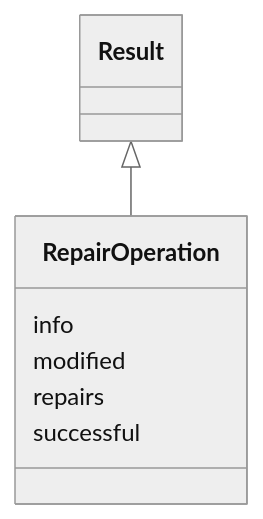
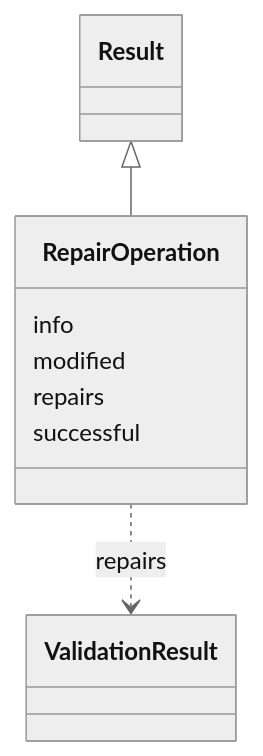
One commit to INCATools/ontology-access-kit changed the diagram in validation/RepairOperation.md. Above: the diagram before and after it, drawn with Mermaid (neutral theme). The commit also changed other lines of this file and 1783 other files, not shown here.

````diff
--- a/validation/RepairOperation.md
+++ b/validation/RepairOperation.md
@@ -11,11 +11,17 @@
 ```{mermaid}
  classDiagram
     class RepairOperation
       Result <|-- RepairOperation
       
       RepairOperation : info
+        
       RepairOperation : modified
+        
       RepairOperation : repairs
+        
+          RepairOperation ..> ValidationResult : repairs
+        
       RepairOperation : successful
+        
       
 ```
````
